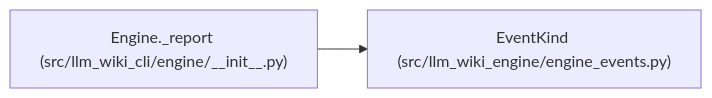
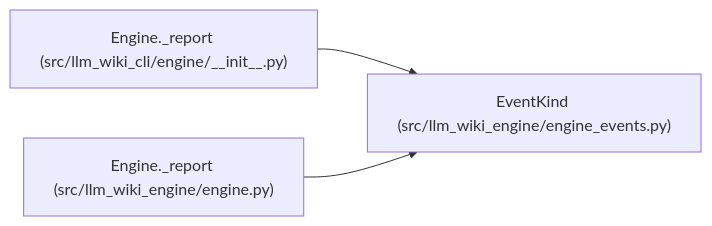
One commit to Denissvgn/python-wiki-llm changed the diagram in docs/llm_wiki/entities/EventKind.md. Above: the diagram before and after it, drawn with Mermaid. The commit also changed other lines of this file and 719 other files, not shown here.

Commit message:
docs: refresh the wiki for the engine's own use cases

````diff
--- a/docs/llm_wiki/entities/EventKind.md
+++ b/docs/llm_wiki/entities/EventKind.md
@@ -24,8 +24,11 @@
 ```mermaid
 flowchart LR
     n0["EventKind (src/llm_wiki_engine/engine_events.py)"]
     n1["Engine._report (src/llm_wiki_cli/engine/__init__.py)"]
+    n2["Engine._report (src/llm_wiki_engine/engine.py)"]
     n1 --> n0
+    n2 --> n0
     click n0 "../modules/engine_events.md"
     click n1 "../modules/engine___init__.md"
+    click n2 "../modules/engine.md"
 ```
````
